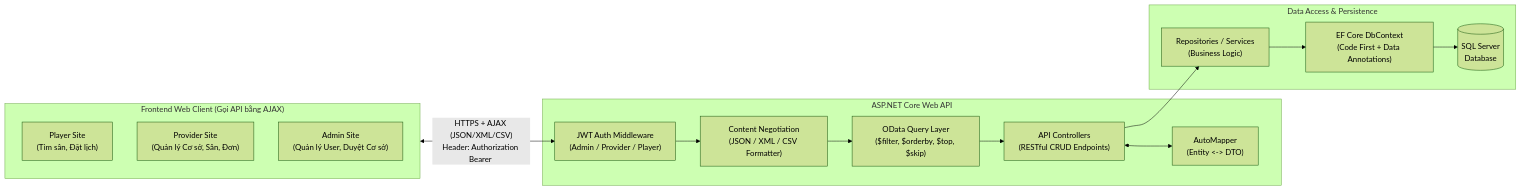
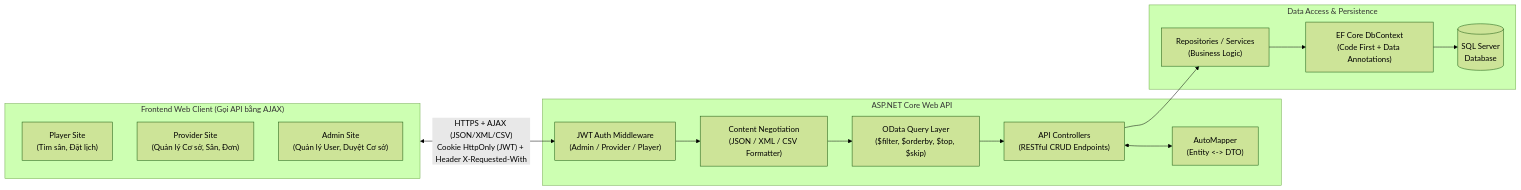
Before and after one commit to nttung42/prn232-final-project: the first of 2 diagrams in docs/02-technical-definition.md, drawn with Mermaid (forest theme). The commit also changed other lines of this file and 60 other files, not shown here.

````diff
--- a/docs/02-technical-definition.md
+++ b/docs/02-technical-definition.md
@@ -20,27 +20,27 @@
 ```mermaid
 flowchart LR
     subgraph Clients["Frontend Web Client (Gọi API bằng AJAX)"]
         P["Player Site\n(Tìm sân, Đặt lịch)"]
         V["Provider Site\n(Quản lý Cơ sở, Sân, Đơn)"]
         A["Admin Site\n(Quản lý User, Duyệt Cơ sở)"]
     end
 
     subgraph API["ASP.NET Core Web API"]
         Auth["JWT Auth Middleware\n(Admin / Provider / Player)"]
         CN["Content Negotiation\n(JSON / XML / CSV Formatter)"]
         OData["OData Query Layer\n($filter, $orderby, $top, $skip)"]
         Controllers["API Controllers\n(RESTful CRUD Endpoints)"]
         Mapper["AutoMapper\n(Entity <-> DTO)"]
     end
 
     subgraph Data["Data Access & Persistence"]
         Services["Repositories / Services\n(Business Logic)"]
         EF["EF Core DbContext\n(Code First + Data Annotations)"]
         DB[("SQL Server\nDatabase")]
     end
 
-    Clients <-->|"HTTPS + AJAX (JSON/XML/CSV)\nHeader: Authorization Bearer <JWT>"| Auth
+    Clients <-->|"HTTPS + AJAX (JSON/XML/CSV)\nCookie HttpOnly (JWT) + Header X-Requested-With"| Auth
     Auth --> CN --> OData --> Controllers
     Controllers <--> Mapper
     Controllers --> Services --> EF --> DB
 ```
````
